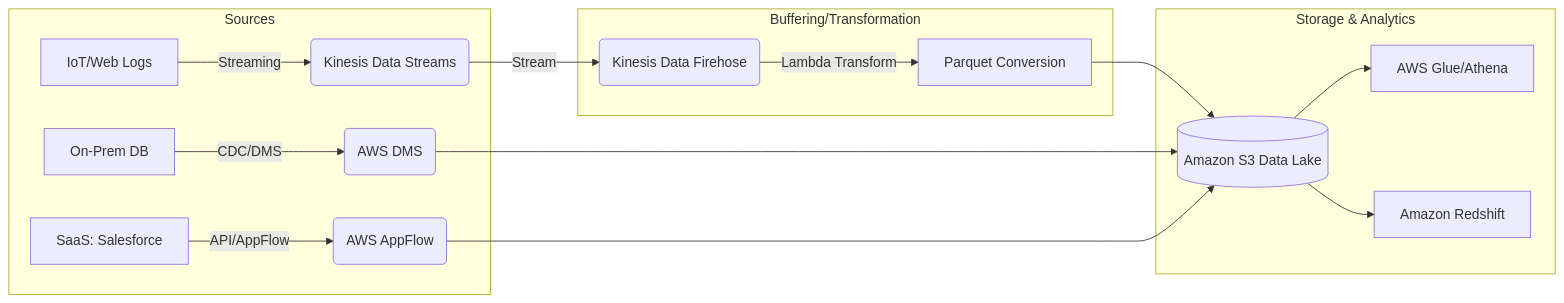
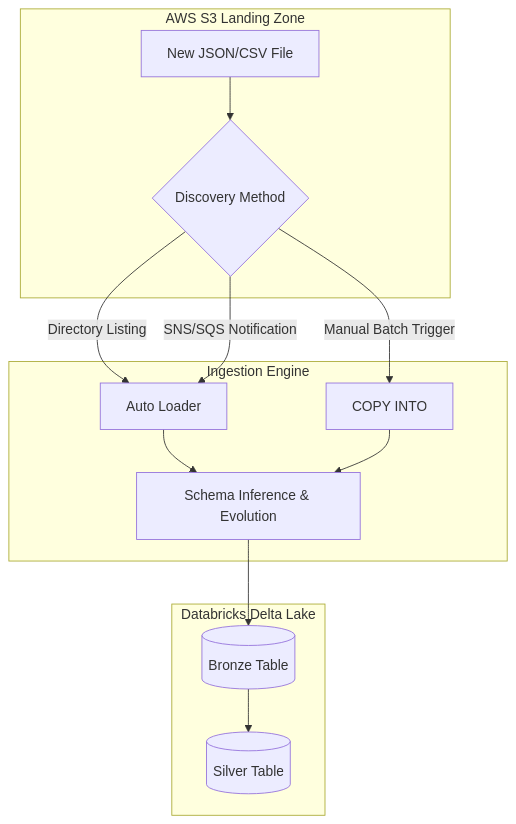
The fifth of 14 diagrams in output/complete_course.md (DataTechBridge-Projects/databricks-trainer), drawn with Mermaid before and after one commit. The commit also changed other lines of this file and 33 other files, not shown here.

````diff
--- a/output/complete_course.md
+++ b/output/complete_course.md
@@ -810,21 +1162,19 @@
 ```mermaid
-graph LR
-    subgraph "Sources"
-        A[IoT/Web Logs] -->|Streaming| B(Kinesis Data Streams)
-        C[On-Prem DB] -->|CDC/DMS| D(AWS DMS)
-        E[SaaS: Salesforce] -->|API/AppFlow| F(AWS AppFlow)
+graph TD
+    subgraph "AWS S3 Landing Zone"
+        A[New JSON/CSV File] --> B{Discovery Method}
     end
 
-    subgraph "Buffering/Transformation"
-        B -->|Stream| G(Kinesis Data Firehose)
-        G -->|Lambda Transform| H[Parquet Conversion]
+    subgraph "Ingestion Engine"
+        B -->|Directory Listing| C[Auto Loader]
+        B -->|SNS/SQS Notification| C
+        B -->|Manual Batch Trigger| D[COPY INTO]
+        C --> E[Schema Inference & Evolution]
+        D --> E
     end
 
-    subgraph "Storage & Analytics"
-        H --> I[(Amazon S3 Data Lake)]
-        D --> I
-        F --> I
-        I --> J[AWS Glue/Athena]
-        I --> K[Amazon Redshift]
+    subgraph "Databricks Delta Lake"
+        E --> F[(Bronze Table)]
+        F --> G[(Silver Table)]
     end
 ```
````
